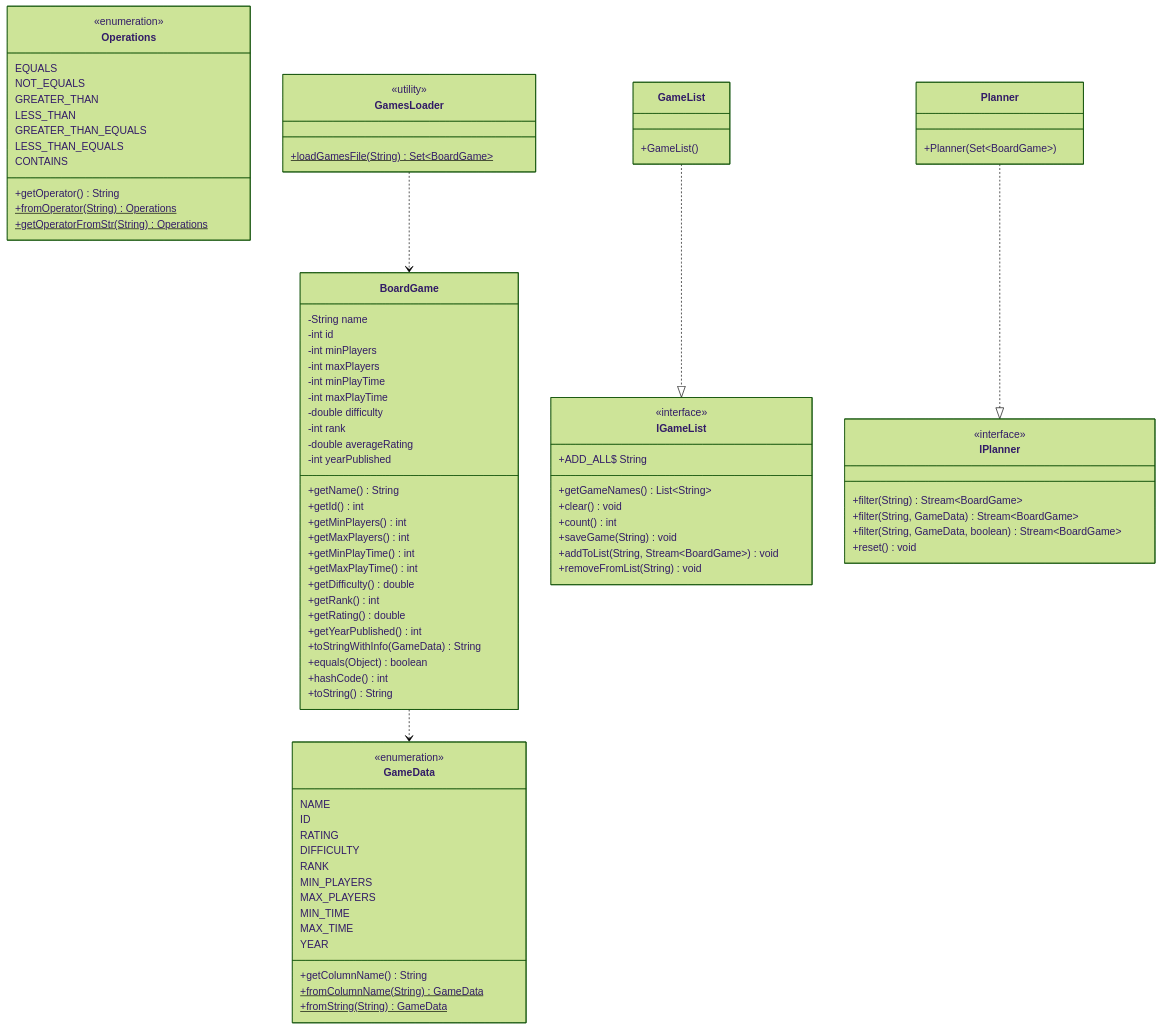
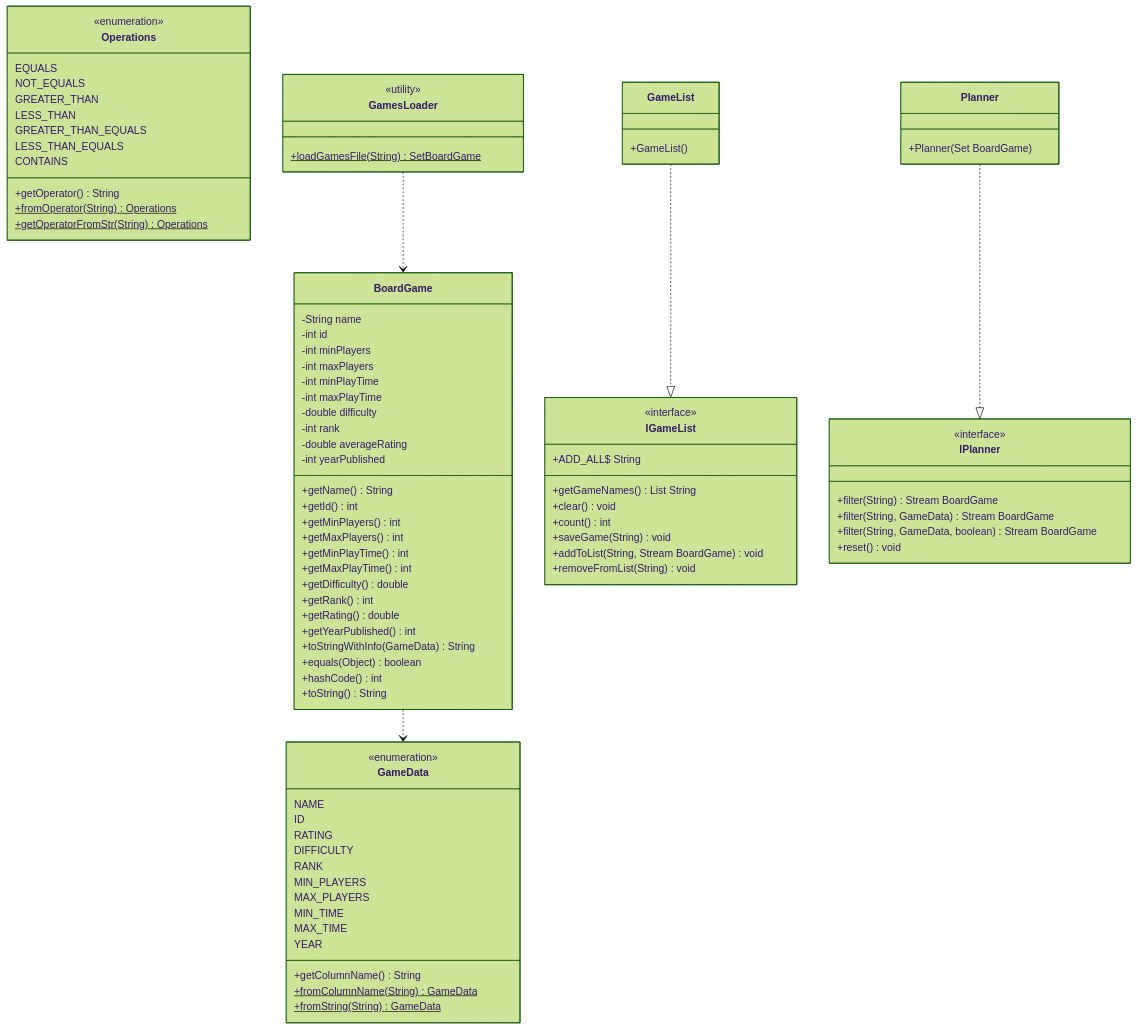
The first of 3 diagrams in DesignDocument.md (wrodrig21/5004-homework-03-board-game), drawn with Mermaid (forest theme) before and after one commit. The commit also changed other lines of this file and 2 other files, not shown here.

```diff
--- a/DesignDocument.md
+++ b/DesignDocument.md
@@ -76,25 +76,25 @@
 
     class GamesLoader {
         <<utility>>
-        +loadGamesFile(String)$ Set~BoardGame~
+        +loadGamesFile(String)$ SetBoardGame 
     }
 
     class IGameList {
         <<interface>>
         +ADD_ALL$ String
-        +getGameNames() List~String~
+        +getGameNames() List String 
         +clear() void
         +count() int
         +saveGame(String) void
-        +addToList(String, Stream~BoardGame~) void
+        +addToList(String, Stream BoardGame ) void
         +removeFromList(String) void
     }
 
     class IPlanner {
         <<interface>>
-        +filter(String) Stream~BoardGame~
-        +filter(String, GameData) Stream~BoardGame~
-        +filter(String, GameData, boolean) Stream~BoardGame~
+        +filter(String) Stream BoardGame 
+        +filter(String, GameData) Stream BoardGame 
+        +filter(String, GameData, boolean) Stream BoardGame 
         +reset() void
     }
 
@@ -103,7 +103,7 @@
     }
 
     class Planner {
-        +Planner(Set~BoardGame~)
+        +Planner(Set BoardGame )
     }
 
     GameList ..|> IGameList
```
